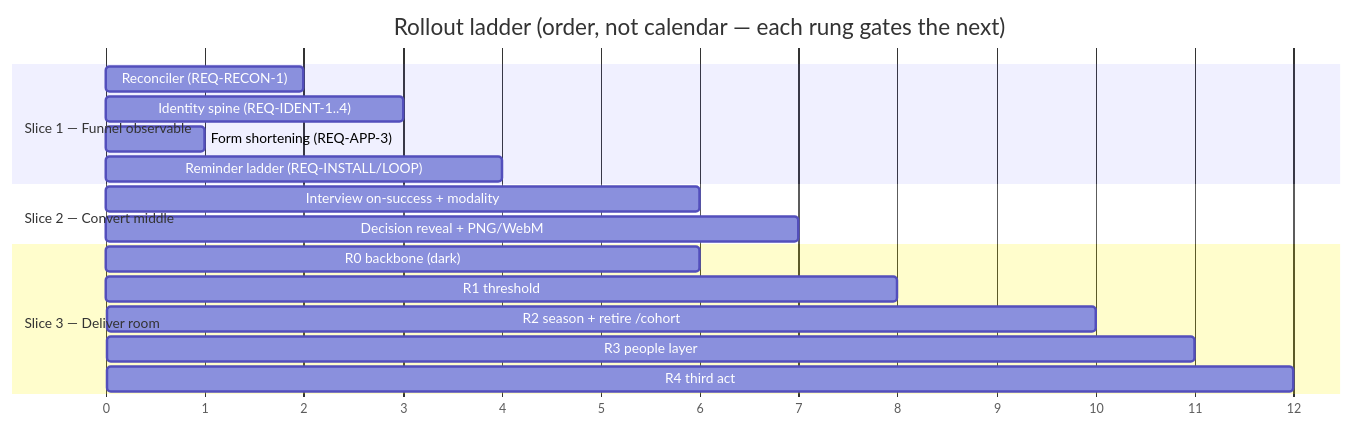
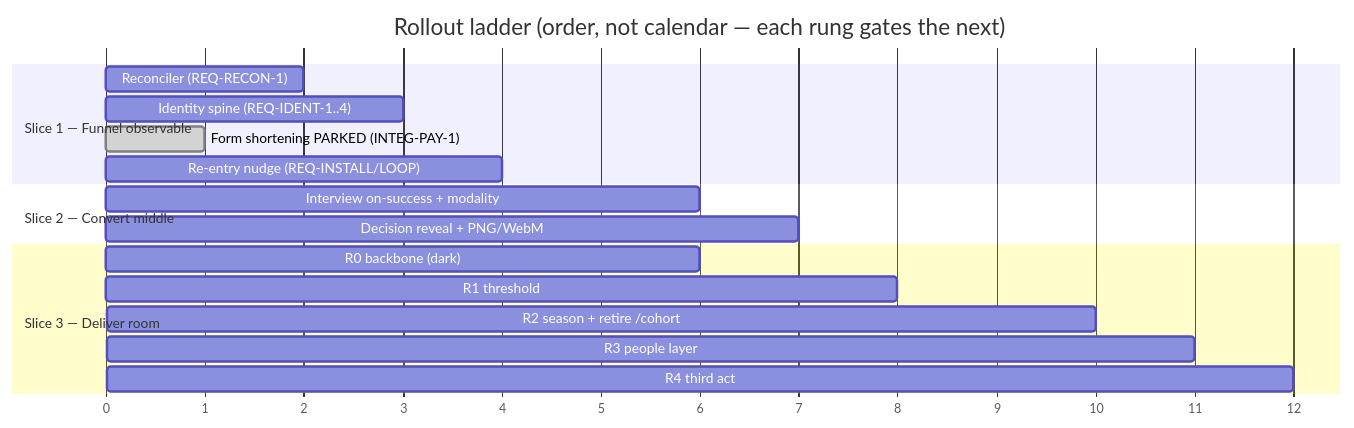
One commit to levelupadmin/LevelUp-Main-App changed the second of 4 diagrams in design/cohorts/docs/08-ROLLOUT-MIGRATION.md. Above: the diagram before and after it, drawn with Mermaid. The commit also changed other lines of this file and 39 other files, not shown here.

````diff
--- a/design/cohorts/docs/08-ROLLOUT-MIGRATION.md
+++ b/design/cohorts/docs/08-ROLLOUT-MIGRATION.md
@@ -114,20 +118,20 @@
 ```mermaid
 gantt
     title Rollout ladder (order, not calendar — each rung gates the next)
     dateFormat X
     axisFormat %s
     section Slice 1 — Funnel observable
     Reconciler (REQ-RECON-1)        :s1a, 0, 2
     Identity spine (REQ-IDENT-1..4) :s1b, 1, 3
-    Form shortening (REQ-APP-3)     :s1c, 0, 1
-    Reminder ladder (REQ-INSTALL/LOOP) :s1d, 2, 4
+    Form shortening PARKED (INTEG-PAY-1) :done, s1c, 0, 1
+    Re-entry nudge (REQ-INSTALL/LOOP) :s1d, 2, 4
     section Slice 2 — Convert middle
     Interview on-success + modality :s2a, 4, 6
     Decision reveal + PNG/WebM      :s2b, 5, 7
     section Slice 3 — Deliver room
     R0 backbone (dark)              :s3a, 3, 6
     R1 threshold                    :s3b, 6, 8
     R2 season + retire /cohort      :s3c, 8, 10
     R3 people layer                 :s3d, 10, 11
     R4 third act                    :s3e, 11, 12
 ```
````
